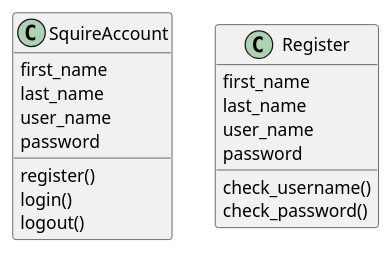
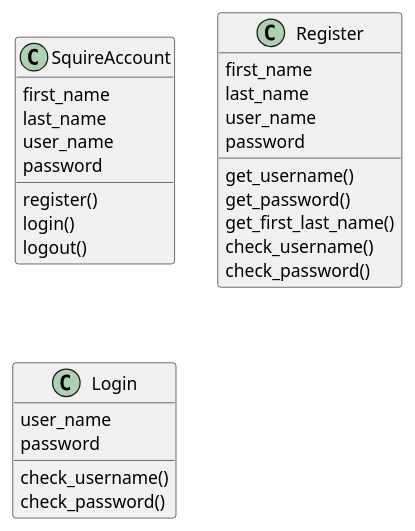
The diagram in hw3/useraccount.pu (voxelv/sQuire_kw), drawn with PlantUML before and after one commit.

```diff
--- a/hw3/useraccount.pu
+++ b/hw3/useraccount.pu
@@ -1,25 +1,44 @@
 @startuml
 
 class "SquireAccount" as ua {
 first_name
 last_name
 user_name
 password
 register()
 login()
 logout()
 }
 
 
 
 class "Register" as re {
 first_name
 last_name
 user_name
 password
 
+get_username()
+get_password()
+get_first_last_name()
 check_username()
 check_password()
 }
 
+class "Login" as lo {
+user_name
+password
+
+check_username()
+check_password()
+}
+
+
+
+
+
+
+
+
+
 @enduml
```
